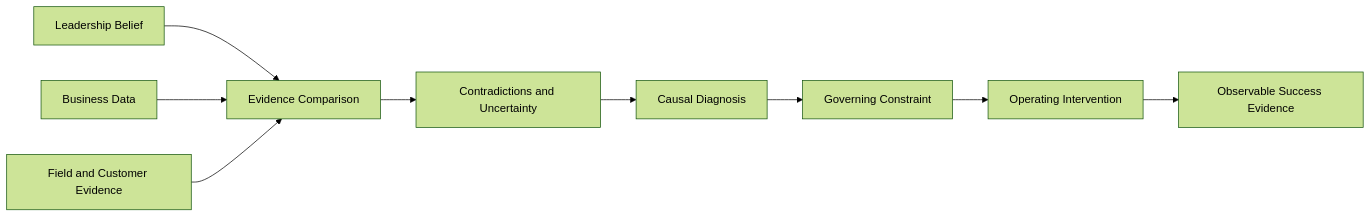
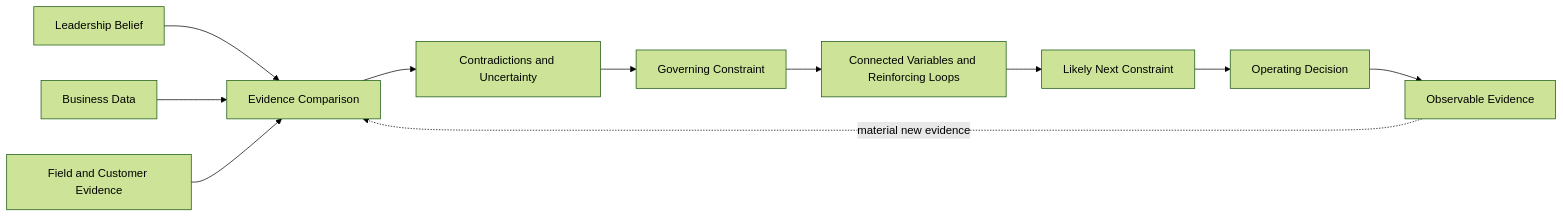
Before and after one commit to sschoenfeld-scotty/gtm-ai-reasoning-systems: the diagram in applications/gtm-diagnostic-reasoning.md, drawn with Mermaid (forest theme). The commit also changed other lines of this file, not shown here.

````diff
--- a/applications/gtm-diagnostic-reasoning.md
+++ b/applications/gtm-diagnostic-reasoning.md
@@ -52,11 +60,13 @@
 ```mermaid
 flowchart LR
     A[Leadership Belief] --> D[Evidence Comparison]
     B[Business Data] --> D
     C[Field and Customer Evidence] --> D
     D --> E[Contradictions and Uncertainty]
-    E --> F[Causal Diagnosis]
-    F --> G[Governing Constraint]
-    G --> H[Operating Intervention]
-    H --> I[Observable Success Evidence]
+    E --> F[Governing Constraint]
+    F --> G[Connected Variables and Reinforcing Loops]
+    G --> H[Likely Next Constraint]
+    H --> I[Operating Decision]
+    I --> J[Observable Evidence]
+    J -. material new evidence .-> D
 ```
````
